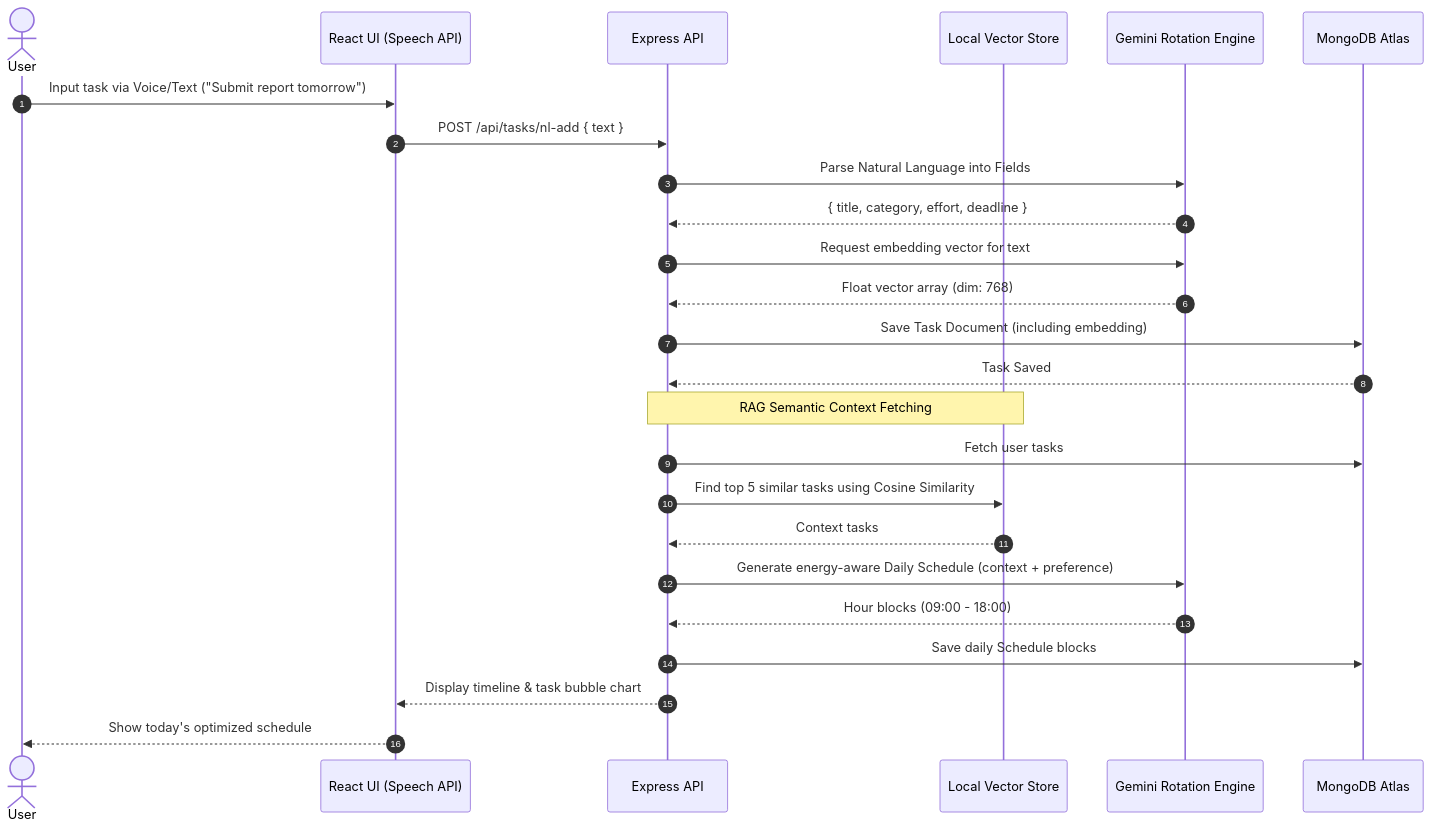
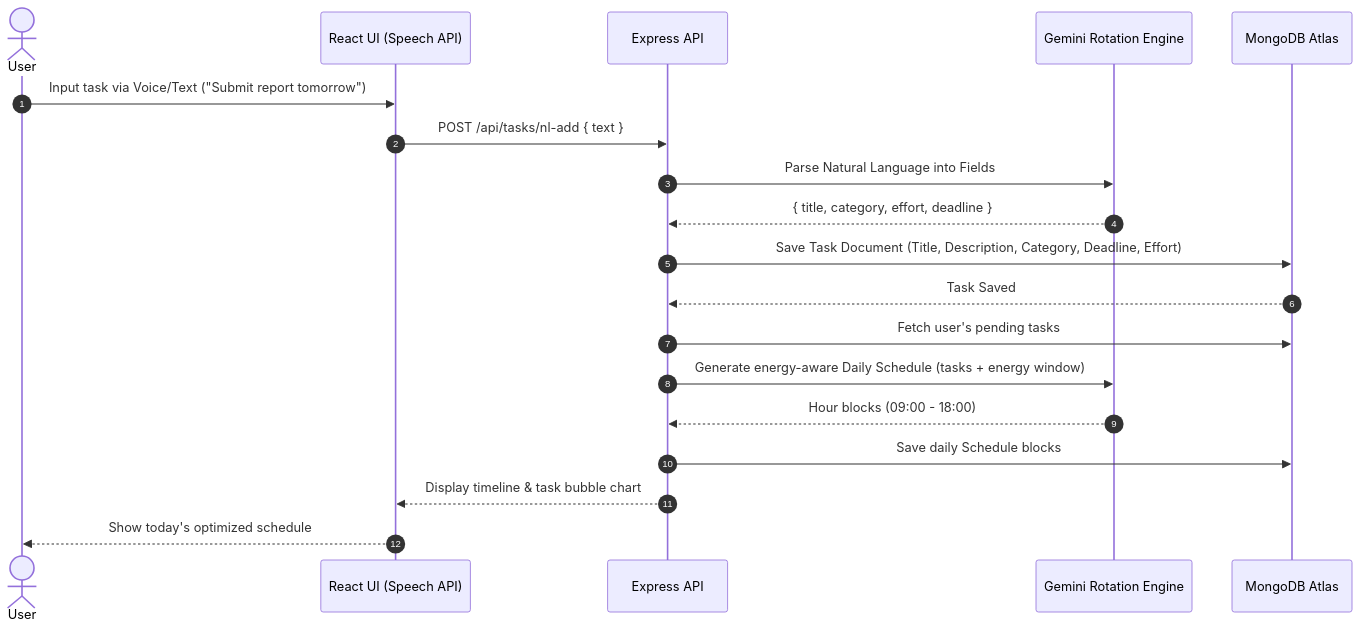
The second of 2 diagrams in README.md (nomaantalib/TASKPing), drawn with Mermaid before and after one commit. The commit also changed other lines of this file and 9 other files, not shown here.

Commit message:
Remove vector embeddings and RAG search; rely only on MongoDB native regex query search

````diff
--- a/README.md
+++ b/README.md
@@ -75,29 +69,23 @@
 ```mermaid
 sequenceDiagram
     autonumber
     actor User
     participant App as React UI (Speech API)
     participant API as Express API
-    participant RAG as Local Vector Store
     participant Gemini as Gemini Rotation Engine
     participant DB as MongoDB Atlas
 
     User->>App: Input task via Voice/Text ("Submit report tomorrow")
     App->>API: POST /api/tasks/nl-add { text }
     API->>Gemini: Parse Natural Language into Fields
     Gemini-->>API: { title, category, effort, deadline }
-    API->>Gemini: Request embedding vector for text
-    Gemini-->>API: Float vector array (dim: 768)
-    API->>DB: Save Task Document (including embedding)
+    API->>DB: Save Task Document (Title, Description, Category, Deadline, Effort)
     DB-->>API: Task Saved
     
-    Note over API,RAG: RAG Semantic Context Fetching
-    API->>DB: Fetch user tasks
-    API->>RAG: Find top 5 similar tasks using Cosine Similarity
-    RAG-->>API: Context tasks
-    API->>Gemini: Generate energy-aware Daily Schedule (context + preference)
+    API->>DB: Fetch user's pending tasks
+    API->>Gemini: Generate energy-aware Daily Schedule (tasks + energy window)
     Gemini-->>API: Hour blocks (09:00 - 18:00)
     API->>DB: Save daily Schedule blocks
     API-->>App: Display timeline & task bubble chart
     App-->>User: Show today's optimized schedule
 ```
````
